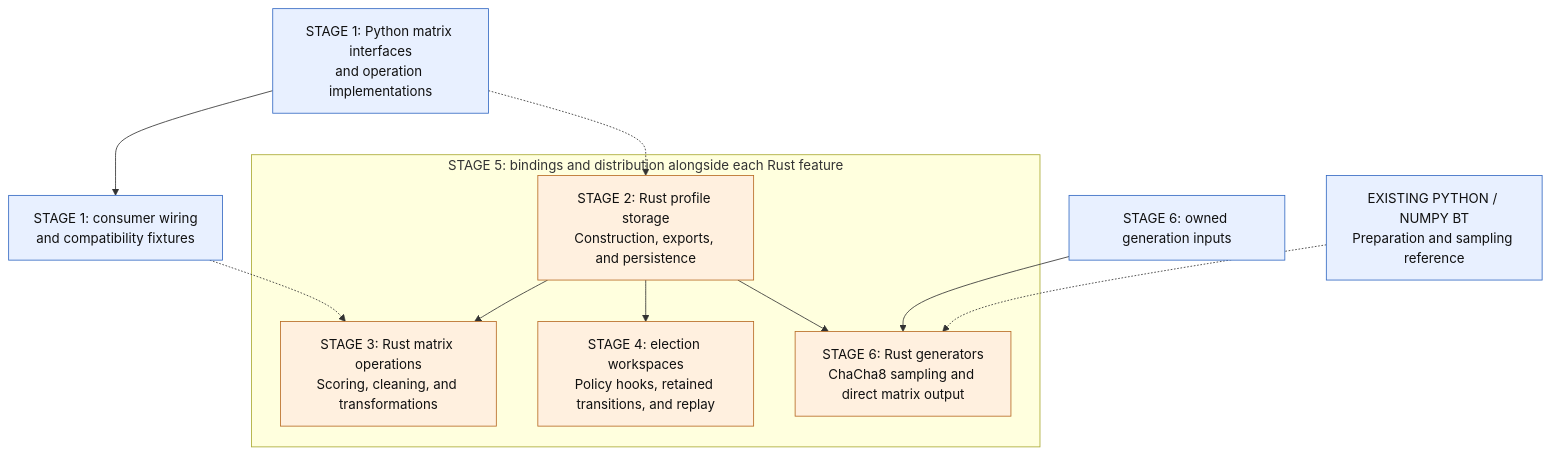
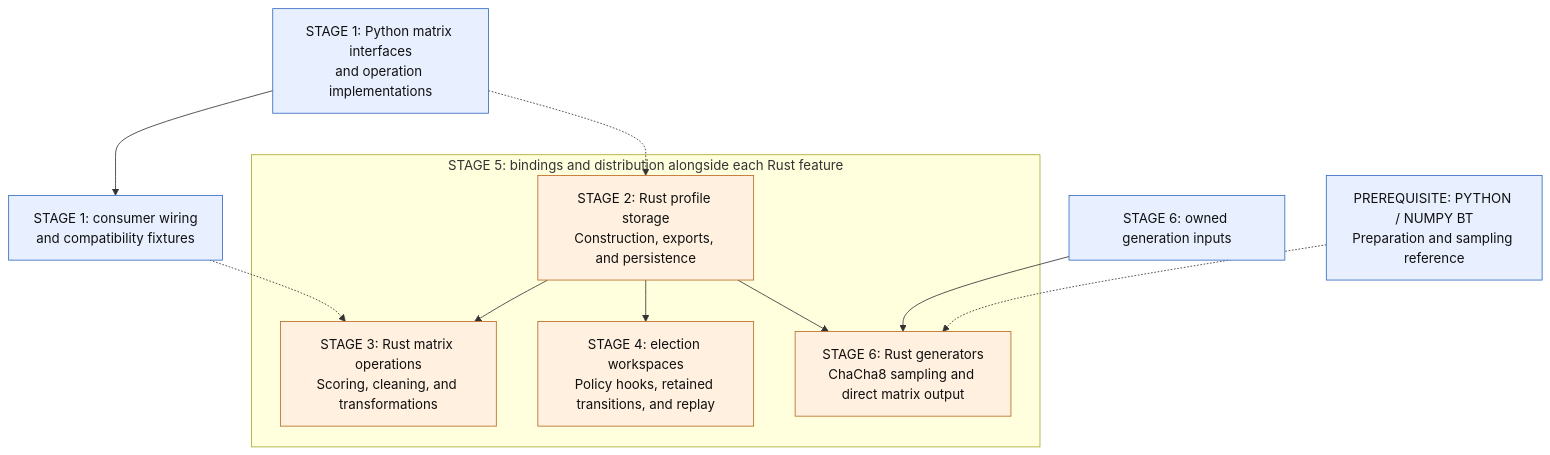
Before and after one commit to mggg/VoteKit: the diagram in dev-docs/design-blueprints/rust-core-migration/master.md, drawn with Mermaid. The commit also changed 7 other files, not shown here.

````diff
--- a/dev-docs/design-blueprints/rust-core-migration/master.md
+++ b/dev-docs/design-blueprints/rust-core-migration/master.md
@@ -124,29 +124,29 @@
 ```mermaid
 flowchart TD
     INTERFACE["STAGE 1: Python matrix interfaces<br/>and operation implementations"]
     PYOPS["STAGE 1: consumer wiring<br/>and compatibility fixtures"]
     CONFIG["STAGE 6: owned generation inputs"]
-    BT["EXISTING PYTHON / NUMPY BT<br/>Preparation and sampling reference"]
+    BT["PREREQUISITE: PYTHON / NUMPY BT<br/>Preparation and sampling reference"]
 
     INTERFACE --> PYOPS
     INTERFACE -.-> MATRIX
     PYOPS -.-> OPERATIONS
     BT -.-> SAMPLING
     CONFIG --> SAMPLING
 
     subgraph INTEGRATION["STAGE 5: bindings and distribution alongside each Rust feature"]
         MATRIX["STAGE 2: Rust profile storage<br/>Construction, exports, and persistence"]
         OPERATIONS["STAGE 3: Rust matrix operations<br/>Scoring, cleaning, and transformations"]
         ELECTIONS["STAGE 4: election workspaces<br/>Policy hooks, retained transitions, and replay"]
         SAMPLING["STAGE 6: Rust generators<br/>ChaCha8 sampling and direct matrix output"]
 
         MATRIX --> OPERATIONS
         MATRIX --> ELECTIONS
         MATRIX --> SAMPLING
     end
 
     classDef python fill:#e8f0ff,stroke:#356ac3,color:#111;
     classDef rust fill:#fff0df,stroke:#b86b25,color:#111;
     class INTERFACE,PYOPS,CONFIG,BT python;
     class MATRIX,OPERATIONS,ELECTIONS,SAMPLING rust;
 ```
````
